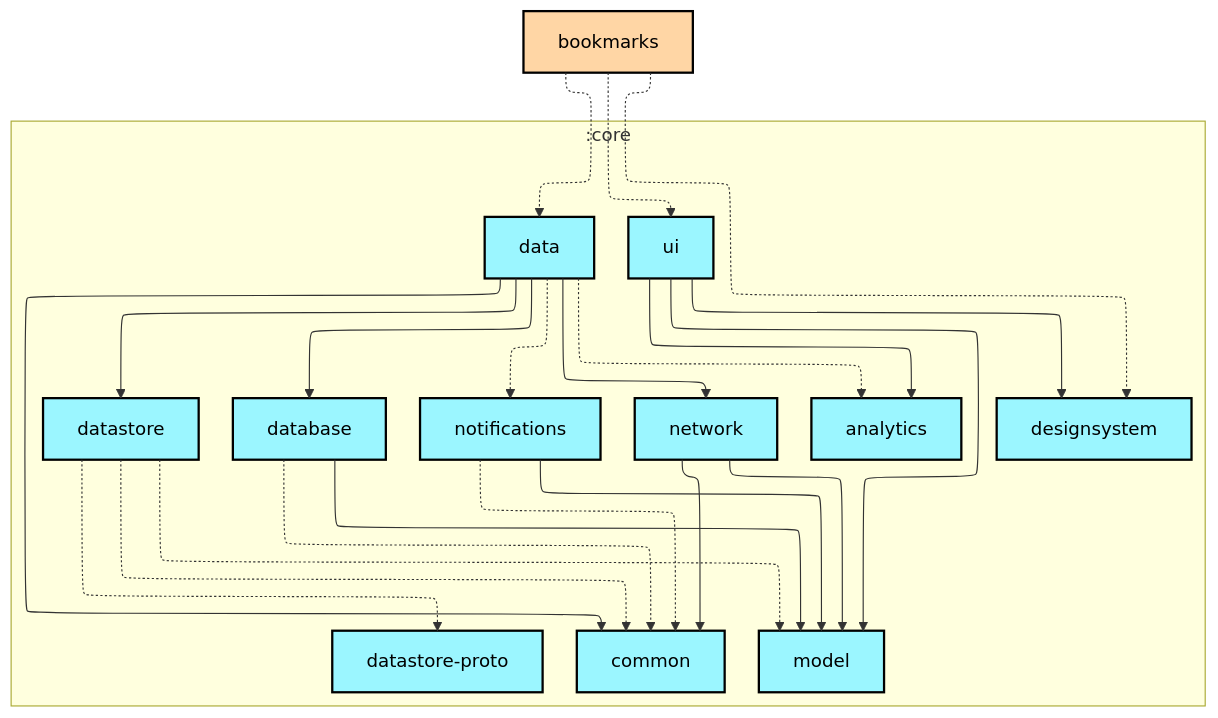
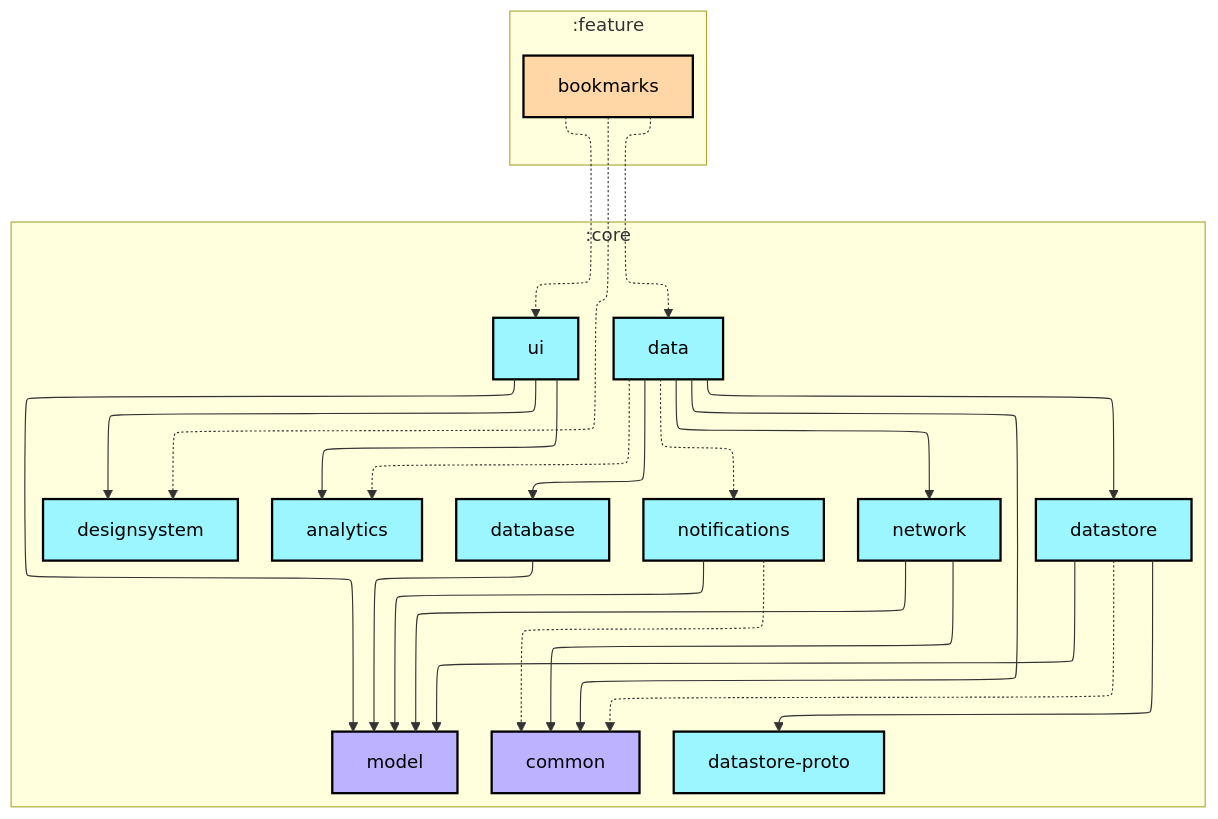
One commit to lihenggui/nowinkmp changed the first of 2 diagrams in feature/bookmarks/README.md. Above: the diagram before and after it, drawn with Mermaid. The commit also changed other lines of this file and 26 other files, not shown here.

First line of the commit message:
Revert "Updates module graphs"

````diff
--- a/feature/bookmarks/README.md
+++ b/feature/bookmarks/README.md
@@ -6,53 +6,55 @@
 ```mermaid
 ---
 config:
   layout: elk
   elk:
     nodePlacementStrategy: SIMPLE
 ---
 graph TB
   subgraph :core
     direction TB
-    :core:analytics[analytics]:::kmp-library
-    :core:common[common]:::kmp-library
-    :core:data[data]:::kmp-library
-    :core:database[database]:::kmp-library
-    :core:datastore[datastore]:::kmp-library
-    :core:datastore-proto[datastore-proto]:::kmp-library
-    :core:designsystem[designsystem]:::kmp-library
-    :core:model[model]:::kmp-library
-    :core:network[network]:::kmp-library
-    :core:notifications[notifications]:::kmp-library
-    :core:ui[ui]:::kmp-library
+    :core:analytics[analytics]:::android-library
+    :core:common[common]:::jvm-library
+    :core:data[data]:::android-library
+    :core:database[database]:::android-library
+    :core:datastore[datastore]:::android-library
+    :core:datastore-proto[datastore-proto]:::android-library
+    :core:designsystem[designsystem]:::android-library
+    :core:model[model]:::jvm-library
+    :core:network[network]:::android-library
+    :core:notifications[notifications]:::android-library
+    :core:ui[ui]:::android-library
   end
-  :feature:bookmarks[bookmarks]:::cmp-feature
+  subgraph :feature
+    direction TB
+    :feature:bookmarks[bookmarks]:::android-feature
+  end
 
   :core:data -.-> :core:analytics
   :core:data --> :core:common
   :core:data --> :core:database
   :core:data --> :core:datastore
   :core:data --> :core:network
   :core:data -.-> :core:notifications
-  :core:database -.-> :core:common
   :core:database --> :core:model
   :core:datastore -.-> :core:common
-  :core:datastore -.-> :core:datastore-proto
-  :core:datastore -.-> :core:model
+  :core:datastore --> :core:datastore-proto
+  :core:datastore --> :core:model
   :core:network --> :core:common
   :core:network --> :core:model
   :core:notifications -.-> :core:common
   :core:notifications --> :core:model
   :core:ui --> :core:analytics
   :core:ui --> :core:designsystem
   :core:ui --> :core:model
   :feature:bookmarks -.-> :core:data
   :feature:bookmarks -.-> :core:designsystem
   :feature:bookmarks -.-> :core:ui
 
-classDef cmp-application fill:#CAFFBF,stroke:#000,stroke-width:2px,color:#000;
-classDef cmp-feature fill:#FFD6A5,stroke:#000,stroke-width:2px,color:#000;
-classDef kmp-library fill:#9BF6FF,stroke:#000,stroke-width:2px,color:#000;
+classDef android-application fill:#CAFFBF,stroke:#000,stroke-width:2px,color:#000;
+classDef android-feature fill:#FFD6A5,stroke:#000,stroke-width:2px,color:#000;
+classDef android-library fill:#9BF6FF,stroke:#000,stroke-width:2px,color:#000;
+classDef android-test fill:#A0C4FF,stroke:#000,stroke-width:2px,color:#000;
 classDef jvm-library fill:#BDB2FF,stroke:#000,stroke-width:2px,color:#000;
-classDef android-test fill:#A0C4FF,stroke:#000,stroke-width:2px,color:#000;
 classDef unknown fill:#FFADAD,stroke:#000,stroke-width:2px,color:#000;
 ```
````
